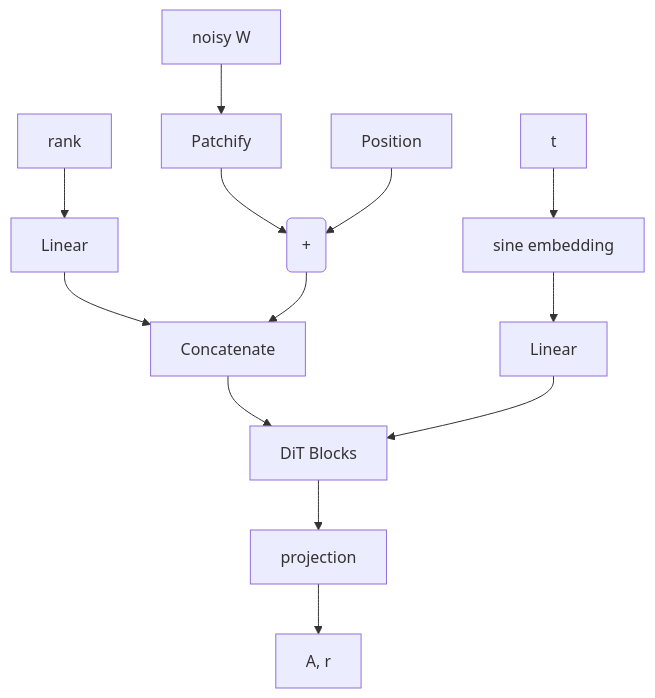
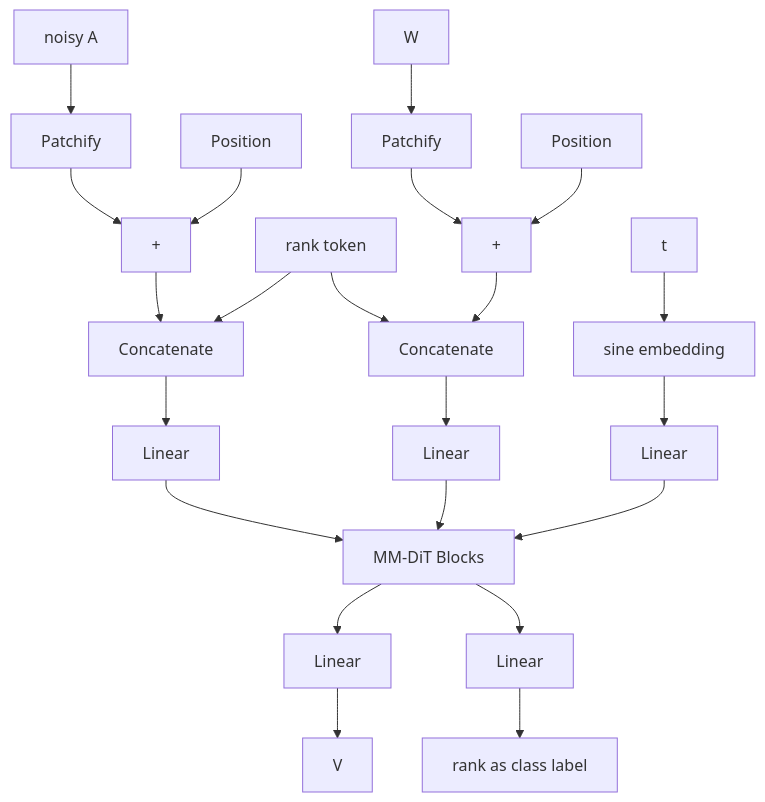
Before and after one commit to NielsPichon/nielspichon.github.io: the diagram in src/content/posts/rank-denoising.md, drawn with Mermaid. The commit also changed other lines of this file and 12 other files, not shown here.

````diff
--- a/src/content/posts/rank-denoising.md
+++ b/src/content/posts/rank-denoising.md
@@ -74,15 +115,26 @@
 ```mermaid
 flowchart TD
-    A[noisy W] --> B[Patchify]
-    B --> C(+)
-    D[Position] --> C
-    F[rank] --> G[Linear]
-    G --> H[Concatenate]
-    C --> H
-    H --> I[DiT Blocks]
+    A2[noisy A] --> B2[Patchify]
+    B2 --> C2[+]
+    D2[Position] --> C2
+    F[rank token] --> H[Concatenate]
+    C2 --> H
+    H --> HH[Linear]
+
+    A3[W] --> B3[Patchify]
+    B3 --> C3[+]
+    D3[Position] --> C3
+    F --> H4[Concatenate]
+    C3 --> H4
+    H4 --> H5[Linear]
+
+    HH --> I[MM-DiT Blocks]
+    H5 --> I
     T[t] --> U[sine embedding]
     U --> V[Linear]
     V --> I
-    I --> J[projection]
-    J --> K[A, r]
+    I --> J[Linear]
+    J --> K[V]
+    I --> L[Linear]
+    L --> M[rank as class label]
 ```
````
